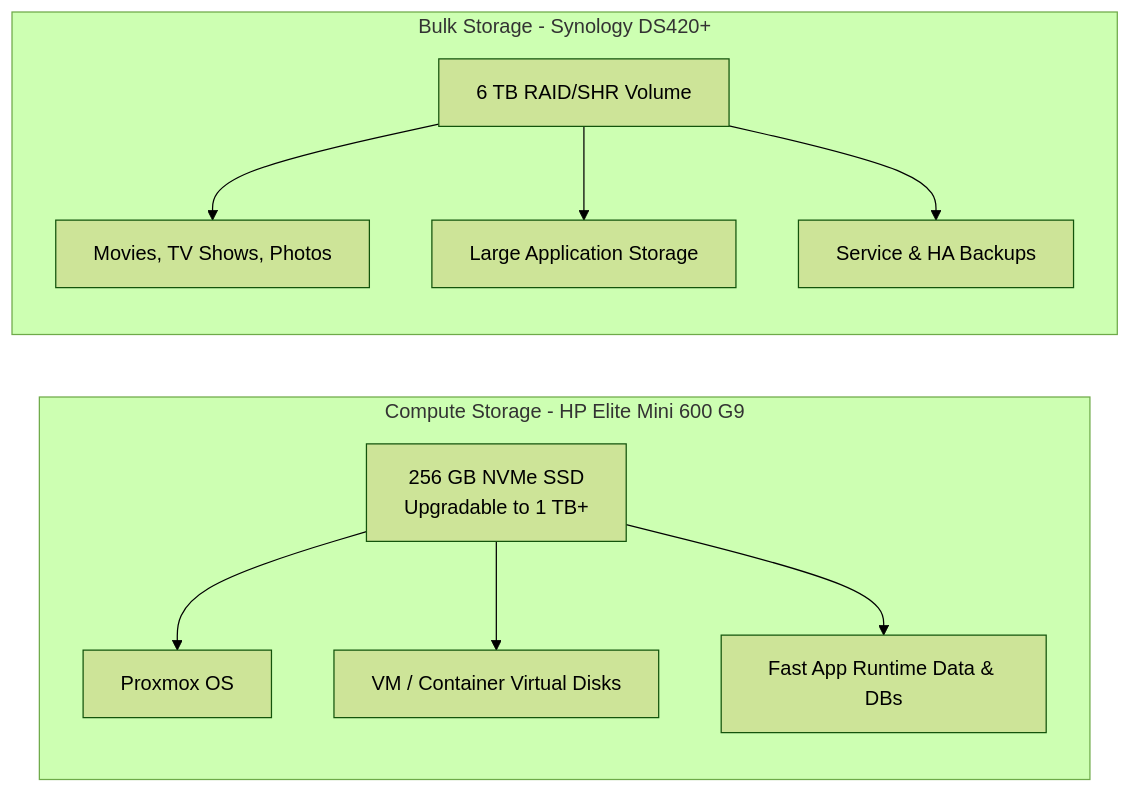
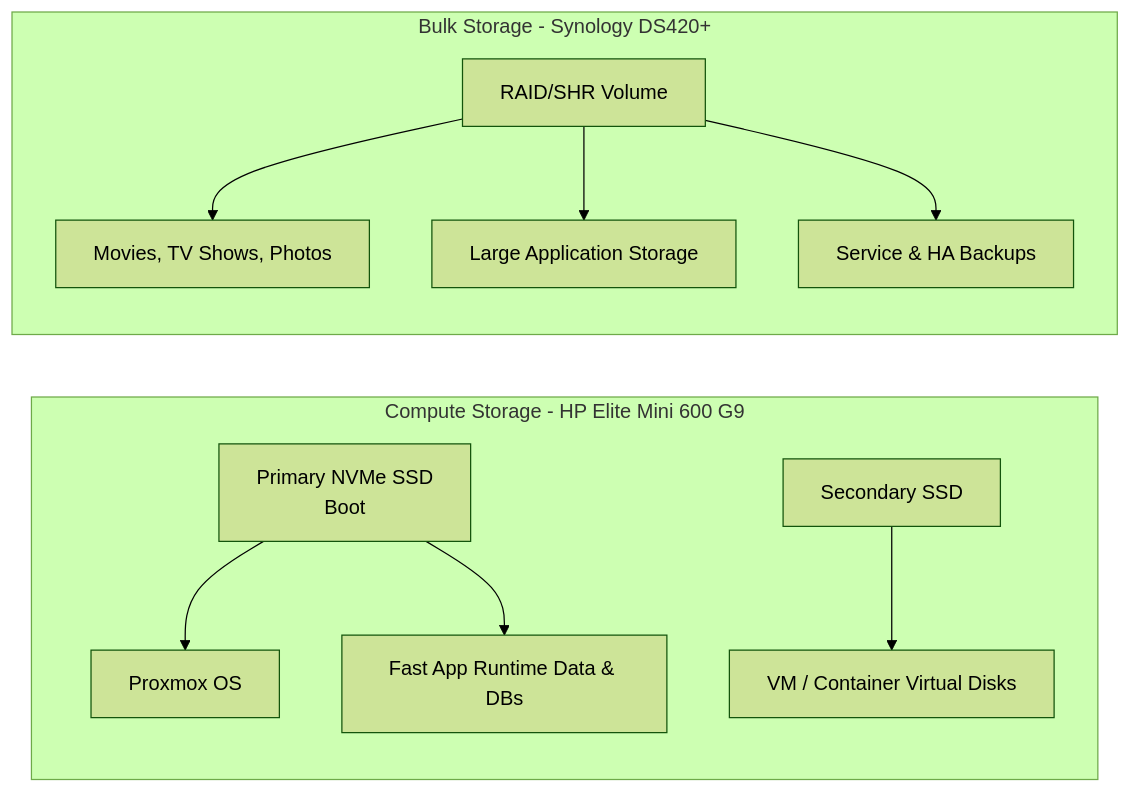
One commit to Rhod3/homelab changed the first of 3 diagrams in docs/storage-strategy.md. Above: the diagram before and after it, drawn with Mermaid (forest theme). The commit also changed other lines of this file and 4 other files, not shown here.

````diff
--- a/docs/storage-strategy.md
+++ b/docs/storage-strategy.md
@@ -9,16 +9,17 @@
 ```mermaid
 flowchart LR
     subgraph Compute Storage - HP Elite Mini 600 G9
-        NVMe[256 GB NVMe SSD<br/>Upgradable to 1 TB+]
+        NVMe[Primary NVMe SSD<br/>Boot]
+        SSD2[Secondary SSD]
         NVMe --> PVE[Proxmox OS]
-        NVMe --> VMDisks[VM / Container Virtual Disks]
         NVMe --> AppData[Fast App Runtime Data & DBs]
+        SSD2 --> VMDisks[VM / Container Virtual Disks]
     end
 
     subgraph Bulk Storage - Synology DS420+
-        Volume[6 TB RAID/SHR Volume]
+        Volume[RAID/SHR Volume]
         Volume --> Media[Movies, TV Shows, Photos]
         Volume --> LargeData[Large Application Storage]
         Volume --> Backups[Service & HA Backups]
     end
 ```
````
